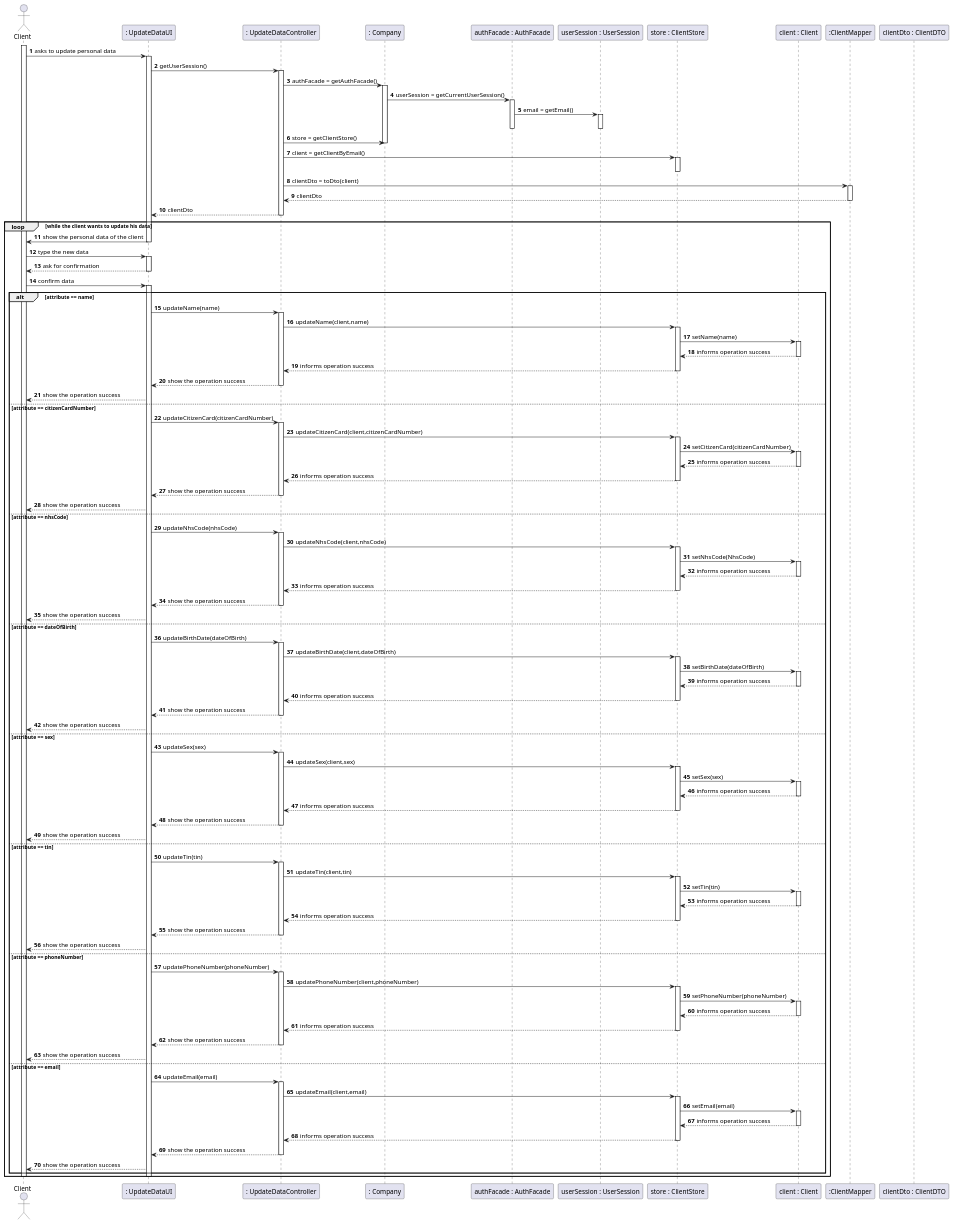
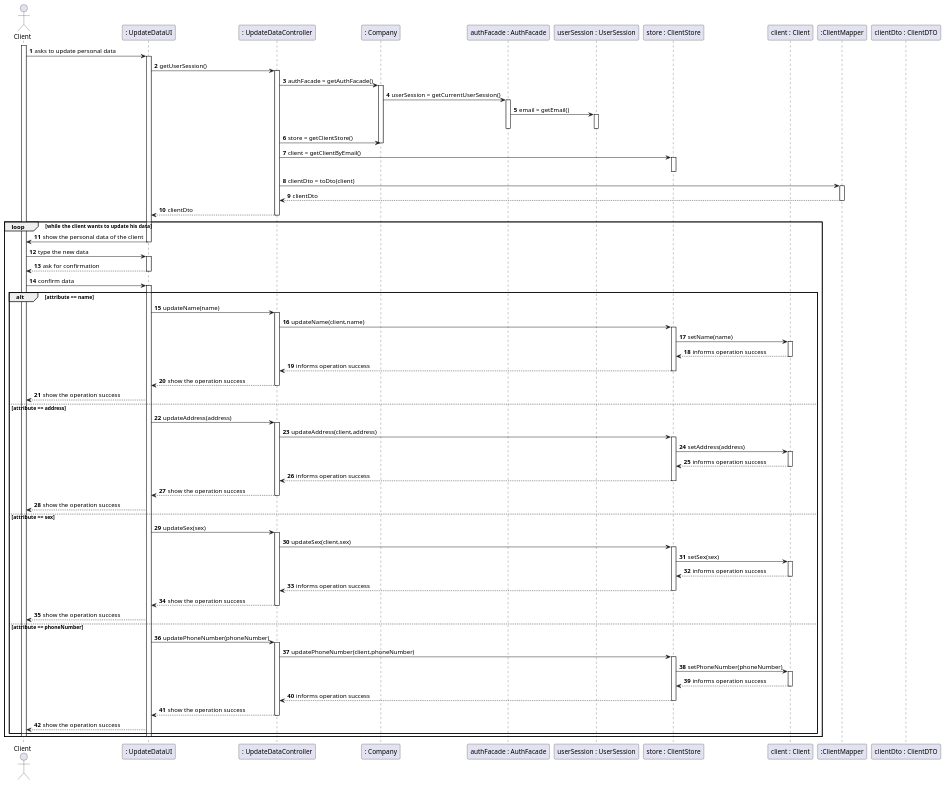
Before and after one commit to manu-07-ela/LAPR2_ISEP: the diagram in docs/SprintD/US02/US02_SD.puml, drawn with PlantUML. The commit also changed 16 other files, not shown here.

```diff
--- a/docs/SprintD/US02/US02_SD.puml
+++ b/docs/SprintD/US02/US02_SD.puml
@@ -1,167 +1,111 @@
 @startuml
 'https://plantuml.com/sequence-diagram
 
 autonumber
 actor "Client" as CL
 
 participant ": UpdateDataUI" as UI
 participant ": UpdateDataController" as CTRL
 participant ": Company" as COMP
 participant "authFacade : AuthFacade" as AUTH
 participant "userSession : UserSession" as SESSION
 participant "store : ClientStore" as STORE
 participant "client : Client" as CLIENT
 participant ":ClientMapper" as MAPPER
 participant "clientDto : ClientDTO" as DTO
 activate CL
 CL -> UI : asks to update personal data
 activate UI
 UI -> CTRL : getUserSession()
 activate CTRL
 CTRL -> COMP : authFacade = getAuthFacade()
 activate COMP
 COMP->AUTH : userSession = getCurrentUserSession()
 activate AUTH
 AUTH-> SESSION : email = getEmail()
 activate SESSION
 deactivate SESSION
 deactivate AUTH
 CTRL->COMP : store = getClientStore()
 deactivate COMP
 CTRL->STORE : client = getClientByEmail()
 activate STORE
 deactivate STORE
 CTRL-> MAPPER : clientDto = toDto(client)
 activate MAPPER
 MAPPER-->CTRL : clientDto
 deactivate MAPPER
 CTRL-->UI : clientDto
 deactivate CTRL
 
 loop while the client wants to update his data
 UI -> CL : show the personal data of the client
 deactivate UI
 CL -> UI : type the new data
 activate UI
 UI -->CL : ask for confirmation
 deactivate UI
 CL->UI: confirm data
 activate UI
 alt attribute == name
 UI-> CTRL : updateName(name)
 activate CTRL
 CTRL -> STORE : updateName(client,name)
 activate STORE
 STORE -> CLIENT : setName(name)
 activate CLIENT
 CLIENT --> STORE : informs operation success
 deactivate CLIENT
 STORE --> CTRL : informs operation success
 deactivate STORE
 CTRL --> UI : show the operation success
 deactivate CTRL
 UI-->CL : show the operation success
-else attribute == citizenCardNumber
-UI-> CTRL : updateCitizenCard(citizenCardNumber)
+else attribute == address
+UI-> CTRL : updateAddress(address)
 activate CTRL
-CTRL -> STORE : updateCitizenCard(client,citizenCardNumber)
+CTRL -> STORE : updateAddress(client,address)
 activate STORE
-STORE -> CLIENT : setCitizenCard(citizenCardNumber)
-activate CLIENT
-CLIENT --> STORE : informs operation success
-deactivate CLIENT
-STORE --> CTRL : informs operation success
-deactivate STORE
-CTRL --> UI : show the operation success
-deactivate CTRL
-UI-->CL : show the operation success
-else attribute == nhsCode
-UI->CTRL : updateNhsCode(nhsCode)
-activate CTRL
-CTRL -> STORE : updateNhsCode(client,nhsCode)
-activate STORE
-STORE -> CLIENT : setNhsCode(NhsCode)
-activate CLIENT
-CLIENT --> STORE : informs operation success
-deactivate CLIENT
-STORE --> CTRL : informs operation success
-deactivate STORE
-CTRL --> UI : show the operation success
-deactivate CTRL
-UI-->CL : show the operation success
-else attribute == dateOfBirth
-UI-> CTRL : updateBirthDate(dateOfBirth)
-activate CTRL
-CTRL -> STORE : updateBirthDate(client,dateOfBirth)
-activate STORE
-STORE -> CLIENT : setBirthDate(dateOfBirth)
+STORE -> CLIENT : setAddress(address)
 activate CLIENT
 CLIENT --> STORE : informs operation success
 deactivate CLIENT
 STORE --> CTRL : informs operation success
 deactivate STORE
 CTRL --> UI : show the operation success
 deactivate CTRL
 UI-->CL : show the operation success
 else attribute == sex
 UI-> CTRL : updateSex(sex)
 activate CTRL
 CTRL -> STORE : updateSex(client,sex)
 activate STORE
 STORE -> CLIENT : setSex(sex)
 activate CLIENT
 CLIENT --> STORE : informs operation success
 deactivate CLIENT
 STORE --> CTRL : informs operation success
 deactivate STORE
 CTRL --> UI : show the operation success
 deactivate CTRL
 UI-->CL : show the operation success
-else attribute == tin
-UI-> CTRL : updateTin(tin)
-activate CTRL
-CTRL -> STORE : updateTin(client,tin)
-activate STORE
-STORE -> CLIENT : setTin(tin)
-activate CLIENT
-CLIENT --> STORE : informs operation success
-deactivate CLIENT
-STORE --> CTRL : informs operation success
-deactivate STORE
-CTRL --> UI : show the operation success
-deactivate CTRL
-UI-->CL : show the operation success
 else attribute == phoneNumber
 UI-> CTRL : updatePhoneNumber(phoneNumber)
 activate CTRL
 CTRL -> STORE : updatePhoneNumber(client,phoneNumber)
 activate STORE
 STORE -> CLIENT : setPhoneNumber(phoneNumber)
 activate CLIENT
 CLIENT --> STORE : informs operation success
 deactivate CLIENT
 STORE --> CTRL : informs operation success
 deactivate STORE
 CTRL --> UI : show the operation success
 deactivate CTRL
 UI-->CL : show the operation success
-else attribute == email
-UI-> CTRL : updateEmail(email)
-activate CTRL
-CTRL -> STORE : updateEmail(client,email)
-activate STORE
-STORE -> CLIENT : setEmail(email)
-activate CLIENT
-CLIENT --> STORE : informs operation success
-deactivate CLIENT
-STORE --> CTRL : informs operation success
-deactivate STORE
-CTRL --> UI : show the operation success
-deactivate CTRL
-UI-->CL : show the operation success
 end alt
 deactivate UI
 deactivate CL
 end
 
 @enduml
```
